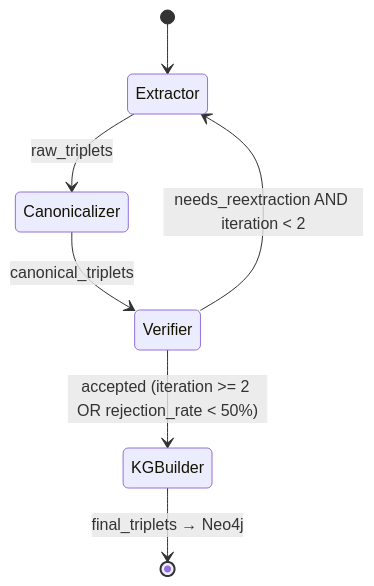
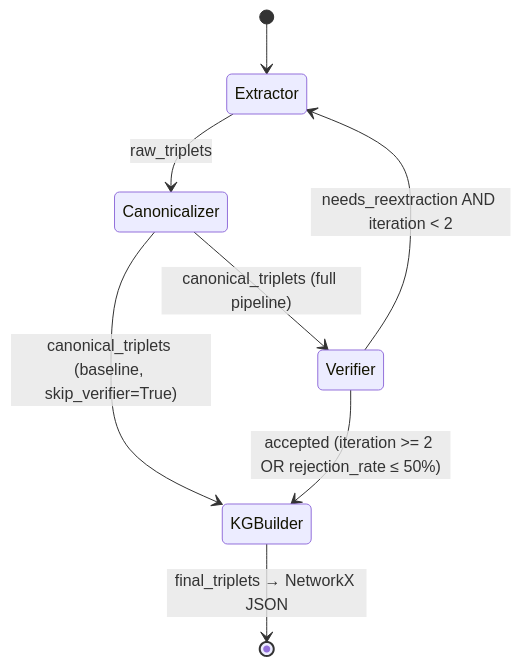
Before and after one commit to PakshajRajput/cti-kg-verification-loop: the second of 3 diagrams in docs/architecture.md, drawn with Mermaid. The commit also changed other lines of this file, not shown here.

````diff
--- a/docs/architecture.md
+++ b/docs/architecture.md
@@ -89,9 +194,10 @@
 ```mermaid
 stateDiagram-v2
     [*] --> Extractor
     Extractor --> Canonicalizer: raw_triplets
-    Canonicalizer --> Verifier: canonical_triplets
+    Canonicalizer --> Verifier: canonical_triplets (full pipeline)
+    Canonicalizer --> KGBuilder: canonical_triplets (baseline, skip_verifier=True)
     Verifier --> Extractor: needs_reextraction AND iteration < 2
-    Verifier --> KGBuilder: accepted (iteration >= 2 OR rejection_rate < 50%)
-    KGBuilder --> [*]: final_triplets → Neo4j
+    Verifier --> KGBuilder: accepted (iteration >= 2 OR rejection_rate ≤ 50%)
+    KGBuilder --> [*]: final_triplets → NetworkX JSON
 ```
````
